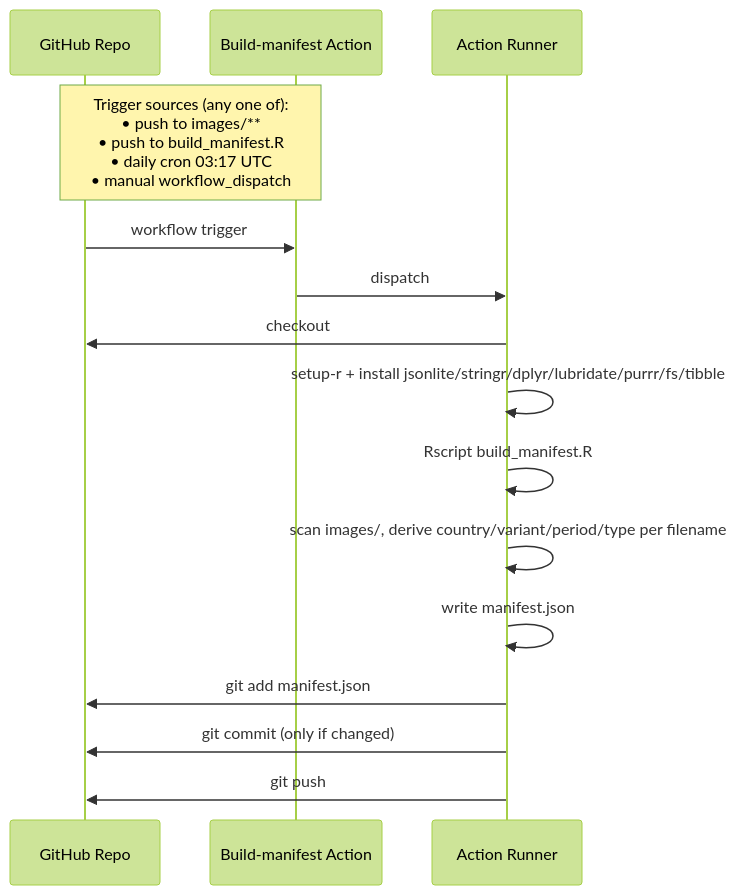
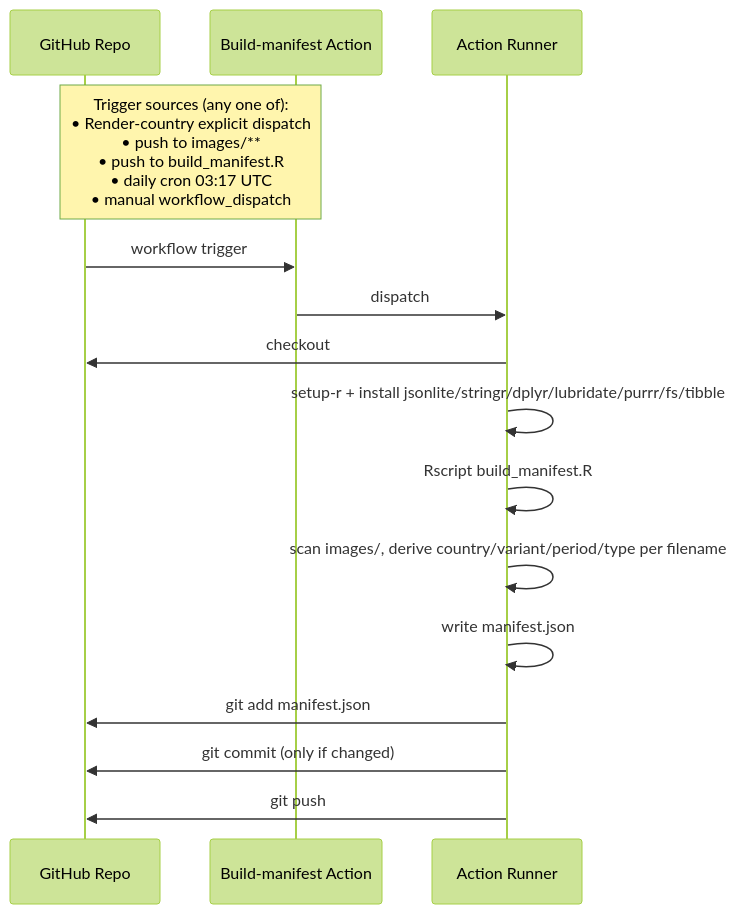
Before and after one commit to LeRaffl/LeRaffl-Gallery: the fifth of 8 diagrams in docs/architecture/05-flows.md, drawn with Mermaid (forest theme). The commit also changed other lines of this file and 3 other files, not shown here.

Commit message:
ci(render): dispatch manifest build after render

````diff
--- a/docs/architecture/05-flows.md
+++ b/docs/architecture/05-flows.md
@@ -168,18 +169,18 @@
 ```mermaid
 sequenceDiagram
     participant Repo as GitHub Repo
     participant Action as Build-manifest Action
     participant Runner as Action Runner
 
-    Note over Repo,Action: Trigger sources (any one of):<br/>• push to images/**<br/>• push to build_manifest.R<br/>• daily cron 03:17 UTC<br/>• manual workflow_dispatch
+    Note over Repo,Action: Trigger sources (any one of):<br/>• Render-country explicit dispatch<br/>• push to images/**<br/>• push to build_manifest.R<br/>• daily cron 03:17 UTC<br/>• manual workflow_dispatch
     Repo->>Action: workflow trigger
     Action->>Runner: dispatch
     Runner->>Repo: checkout
     Runner->>Runner: setup-r + install jsonlite/stringr/dplyr/lubridate/purrr/fs/tibble
     Runner->>Runner: Rscript build_manifest.R
     Runner->>Runner: scan images/, derive country/variant/period/type per filename
     Runner->>Runner: write manifest.json
     Runner->>Repo: git add manifest.json
     Runner->>Repo: git commit (only if changed)
     Runner->>Repo: git push
 ```
````
